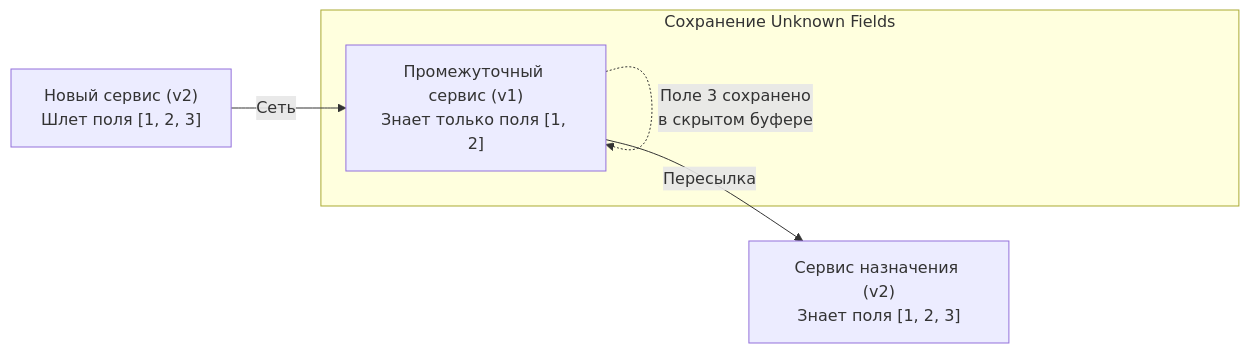
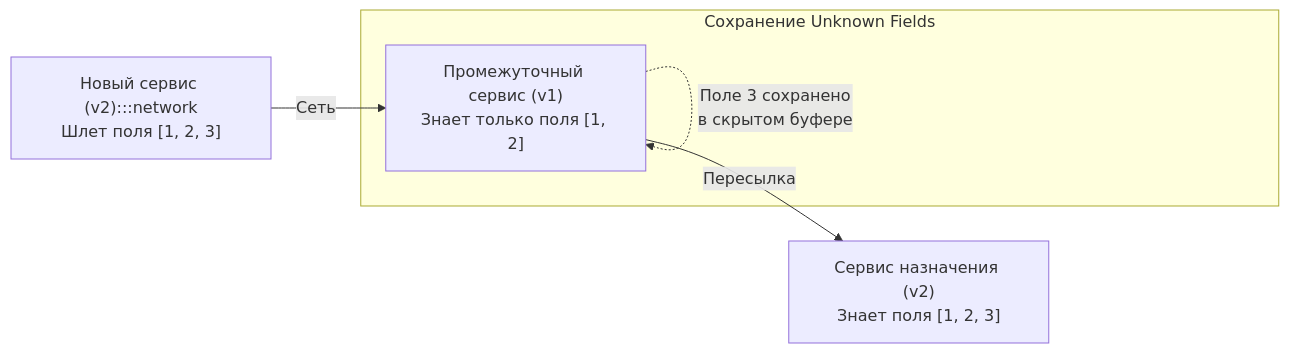
One commit to UnrealTemplier/go-textbook changed the third of 3 diagrams in sources/14. Распределенные системы на Go/04. Микросервисы/7. Backward compatibility.md. Above: the diagram before and after it, drawn with Mermaid. The commit also changed other lines of this file and 1666 other files, not shown here.

First line of the commit message:
feat(mermaid): add semantic color classDef to 1369 colorless flowchart/graph diagrams

````diff
--- a/sources/14. Распределенные системы на Go/04. Микросервисы/7. Backward compatibility.md
+++ b/sources/14. Распределенные системы на Go/04. Микросервисы/7. Backward compatibility.md
@@ -115,9 +135,19 @@
 ```mermaid
 flowchart LR
-    Sender["Новый сервис (v2)<br/>Шлет поля [1, 2, 3]"] -->|"Сеть"| Proxy["Промежуточный сервис (v1)<br/>Знает только поля [1, 2]"]
+    classDef process  fill:#1e293b,stroke:#38bdf8,stroke-width:1px,color:#f8fafc
+    classDef success  fill:#064e3b,stroke:#34d399,stroke-width:1px,color:#f8fafc
+    classDef error    fill:#7f1d1d,stroke:#f87171,stroke-width:1px,color:#f8fafc
+    classDef warning  fill:#78350f,stroke:#fbbf24,stroke-width:1px,color:#f8fafc
+    classDef entry    fill:#1e3a5f,stroke:#38bdf8,stroke-width:2px,color:#f8fafc
+    classDef aux      fill:#334155,stroke:#64748b,stroke-width:1px,color:#f8fafc
+    classDef system   fill:#312e81,stroke:#a78bfa,stroke-width:1px,color:#f8fafc
+    classDef data     fill:#132d29,stroke:#2dd4bf,stroke-width:1px,color:#f8fafc
+    classDef network  fill:#881337,stroke:#fb7185,stroke-width:1px,color:#f8fafc
+    classDef accent   fill:#1e1b4b,stroke:#818cf8,stroke-width:1px,color:#f8fafc
+    Sender["Новый сервис (v2):::network<br/>Шлет поля [1, 2, 3]"] -->|"Сеть"| Proxy["Промежуточный сервис (v1)<br/>Знает только поля [1, 2]"]
     Proxy -->|"Пересылка"| Receiver["Сервис назначения (v2)<br/>Знает поля [1, 2, 3]"]
 
     subgraph Unknown["Сохранение Unknown Fields"]
         Proxy -.->|"Поле 3 сохранено<br/>в скрытом буфере"| Proxy
     end
 ```
````
